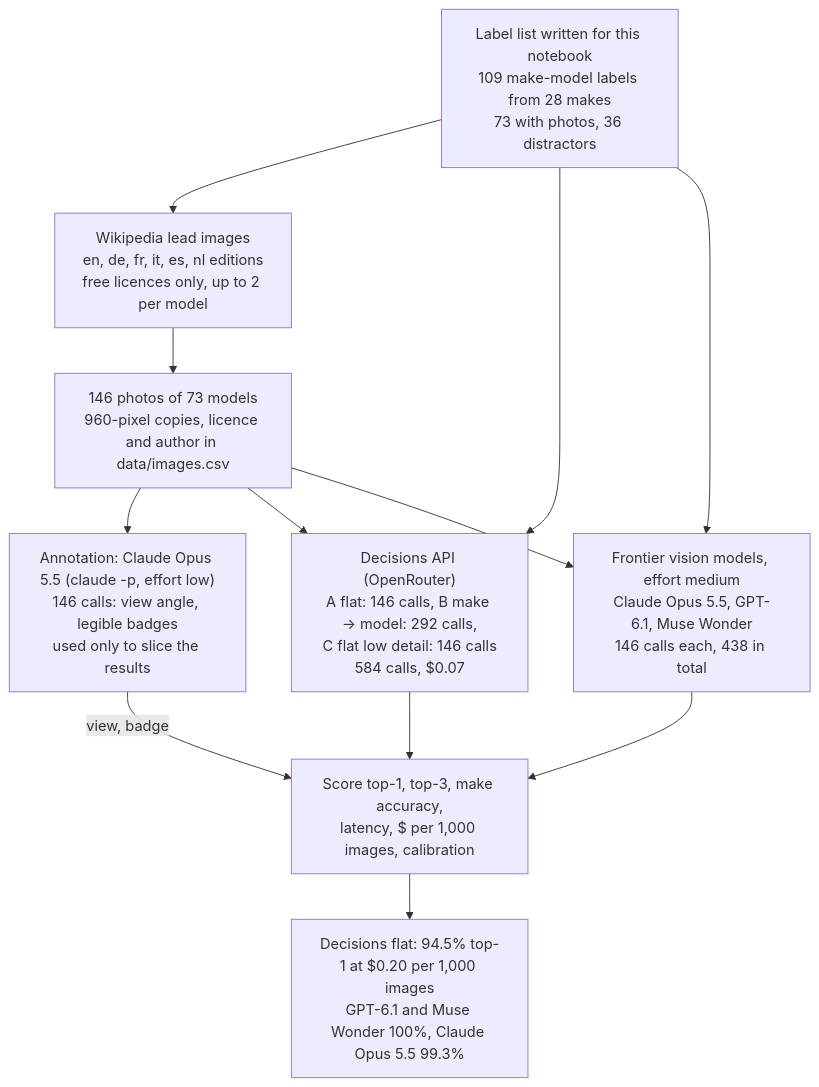
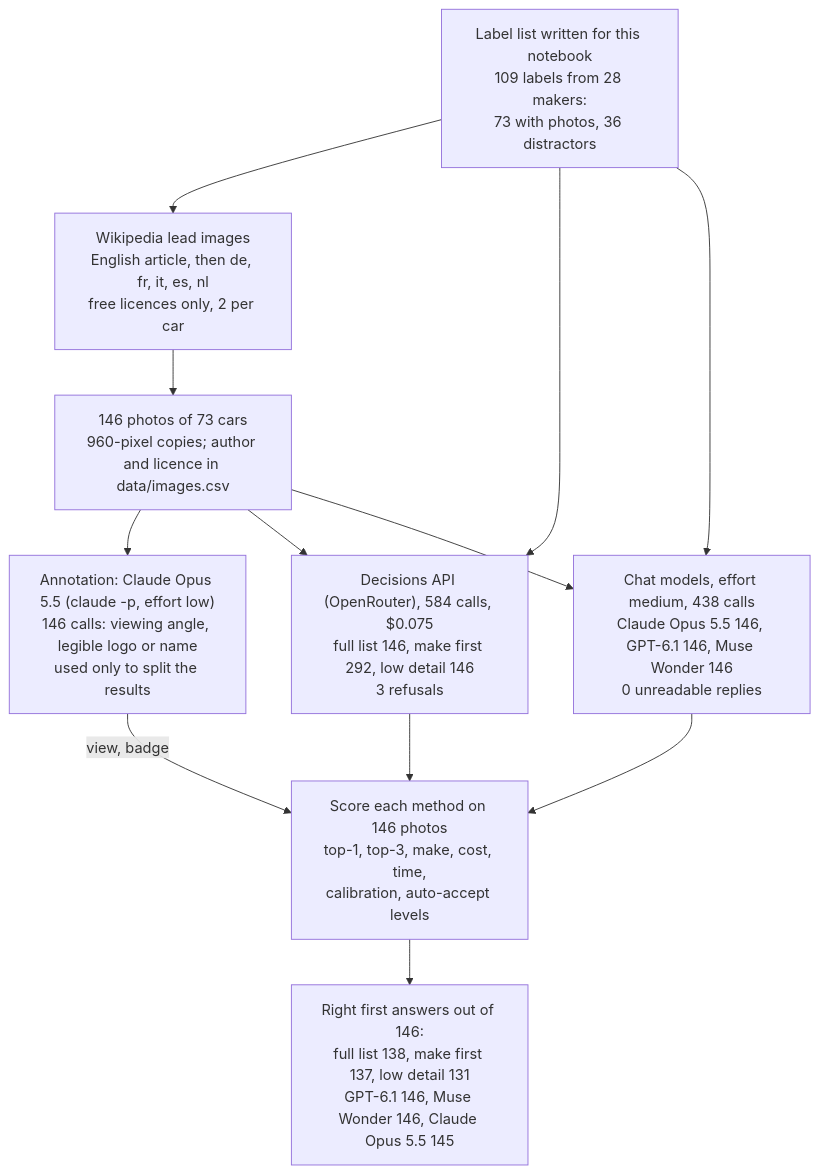
The first of 2 diagrams in notebooks/06-car-make-model-from-image/README.md (k-sandhu/experiment-notebooks), drawn with Mermaid before and after one commit. The commit also changed other lines of this file and 2 other files, not shown here.

First line of the commit message:
Rewrite notebook 06 README and narrative for new readers

````diff
--- a/notebooks/06-car-make-model-from-image/README.md
+++ b/notebooks/06-car-make-model-from-image/README.md
@@ -25,21 +86,21 @@
 ```mermaid
 flowchart TD
-    labels["Label list written for this notebook<br/>109 make-model labels from 28 makes<br/>73 with photos, 36 distractors"]
-    wiki["Wikipedia lead images<br/>en, de, fr, it, es, nl editions<br/>free licences only, up to 2 per model"]
-    imgs["146 photos of 73 models<br/>960-pixel copies, licence and author in data/images.csv"]
-    ann["Annotation: Claude Opus 5.5 (claude -p, effort low)<br/>146 calls: view angle, legible badges<br/>used only to slice the results"]
-    dec["Decisions API (OpenRouter)<br/>A flat: 146 calls, B make → model: 292 calls,<br/>C flat low detail: 146 calls<br/>584 calls, $0.07"]
-    cli["Frontier vision models, effort medium<br/>Claude Opus 5.5, GPT-6.1, Muse Wonder<br/>146 calls each, 438 in total"]
-    score["Score top-1, top-3, make accuracy,<br/>latency, $ per 1,000 images, calibration"]
-    res["Decisions flat: 94.5% top-1 at $0.20 per 1,000 images<br/>GPT-6.1 and Muse Wonder 100%, Claude Opus 5.5 99.3%"]
+    labels["Label list written for this notebook<br/>109 labels from 28 makers:<br/>73 with photos, 36 distractors"]
+    wiki["Wikipedia lead images<br/>English article, then de, fr, it, es, nl<br/>free licences only, 2 per car"]
+    imgs["146 photos of 73 cars<br/>960-pixel copies; author and licence in data/images.csv"]
+    ann["Annotation: Claude Opus 5.5 (claude -p, effort low)<br/>146 calls: viewing angle, legible logo or name<br/>used only to split the results"]
+    dec["Decisions API (OpenRouter), 584 calls, $0.075<br/>full list 146, make first 292, low detail 146<br/>3 refusals"]
+    cli["Chat models, effort medium, 438 calls<br/>Claude Opus 5.5 146, GPT-6.1 146, Muse Wonder 146<br/>0 unreadable replies"]
+    score["Score each method on 146 photos<br/>top-1, top-3, make, cost, time,<br/>calibration, auto-accept levels"]
+    res["Right first answers out of 146:<br/>full list 138, make first 137, low detail 131<br/>GPT-6.1 146, Muse Wonder 146, Claude Opus 5.5 145"]
     labels --> wiki --> imgs
     imgs --> ann
     imgs --> dec
     imgs --> cli
     labels --> dec
     labels --> cli
     dec --> score
     cli --> score
     ann -->|"view, badge"| score
     score --> res
 ```
````
